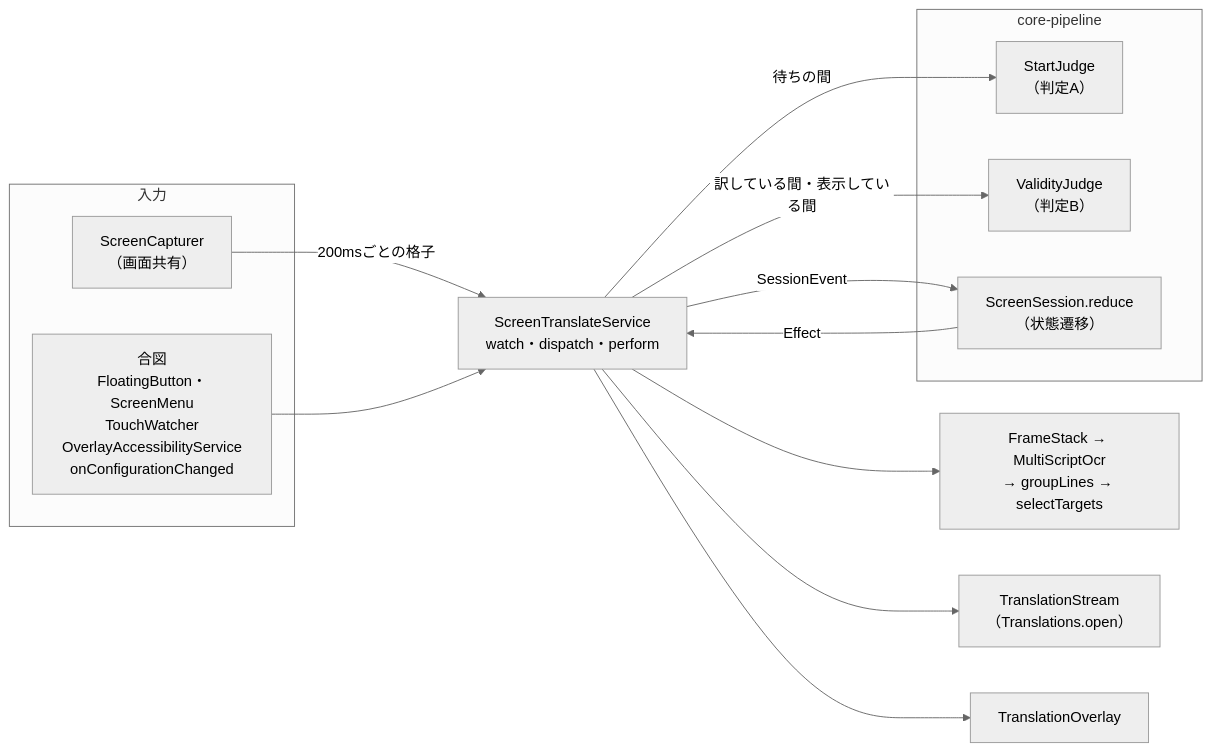
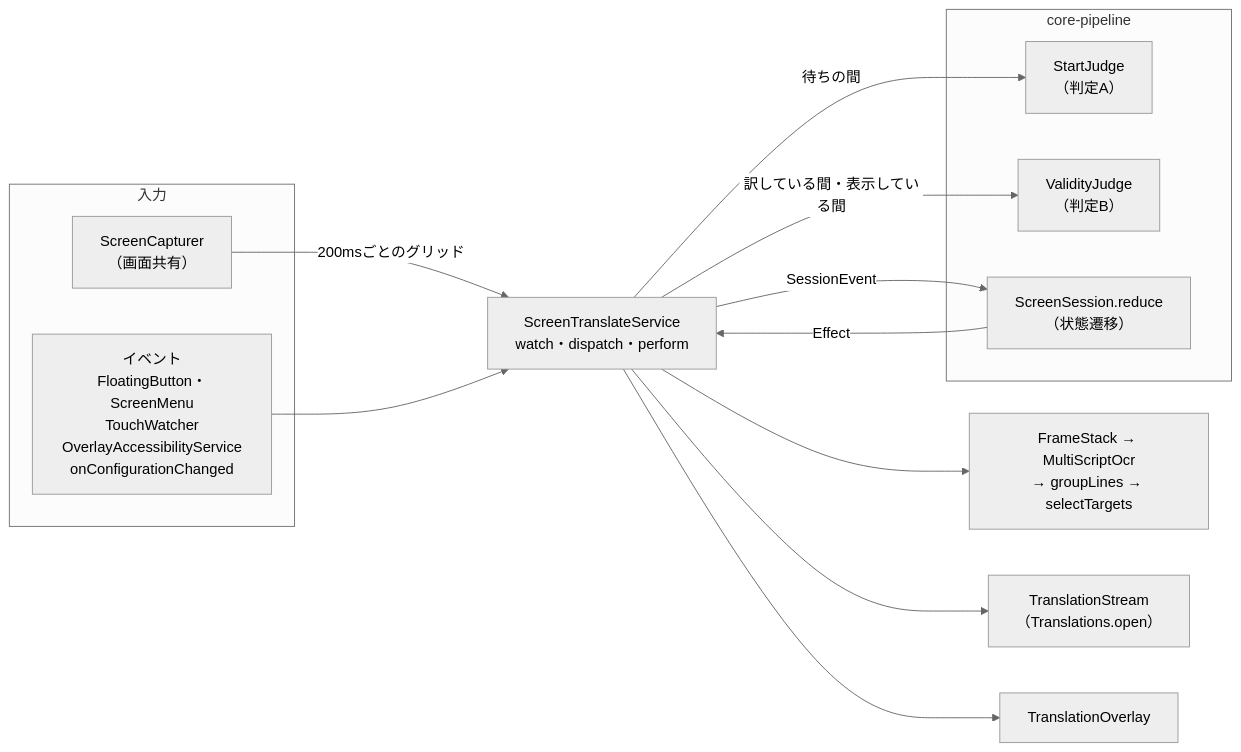
The first of 3 diagrams in docs/設計/画面翻訳.md (kagerouttepaso/PlamoTranslate), drawn with Mermaid (neutral theme) before and after one commit. The commit also changed other lines of this file and 192 other files, not shown here.

````diff
--- a/docs/設計/画面翻訳.md
+++ b/docs/設計/画面翻訳.md
@@ -18,26 +18,26 @@
 ```mermaid
 flowchart LR
   subgraph 入力
     CAP["ScreenCapturer<br>（画面共有）"]
-    SIG["合図<br>FloatingButton・ScreenMenu<br>TouchWatcher<br>OverlayAccessibilityService<br>onConfigurationChanged"]
+    SIG["イベント<br>FloatingButton・ScreenMenu<br>TouchWatcher<br>OverlayAccessibilityService<br>onConfigurationChanged"]
   end
   subgraph 中核["core-pipeline"]
     A["StartJudge<br>（判定A）"]
     B["ValidityJudge<br>（判定B）"]
     SS["ScreenSession.reduce<br>（状態遷移）"]
   end
   SVC["ScreenTranslateService<br>watch・dispatch・perform"]
   OCR["FrameStack → MultiScriptOcr<br>→ groupLines → selectTargets"]
   TS["TranslationStream<br>（Translations.open）"]
   OV["TranslationOverlay"]
 
-  CAP -->|200msごとの格子| SVC
+  CAP -->|200msごとのグリッド| SVC
   SIG --> SVC
   SVC -->|待ちの間| A
   SVC -->|訳している間・表示している間| B
   SVC -->|SessionEvent| SS
   SS -->|Effect| SVC
   SVC --> OCR
   SVC --> TS
   SVC --> OV
 ```
````
